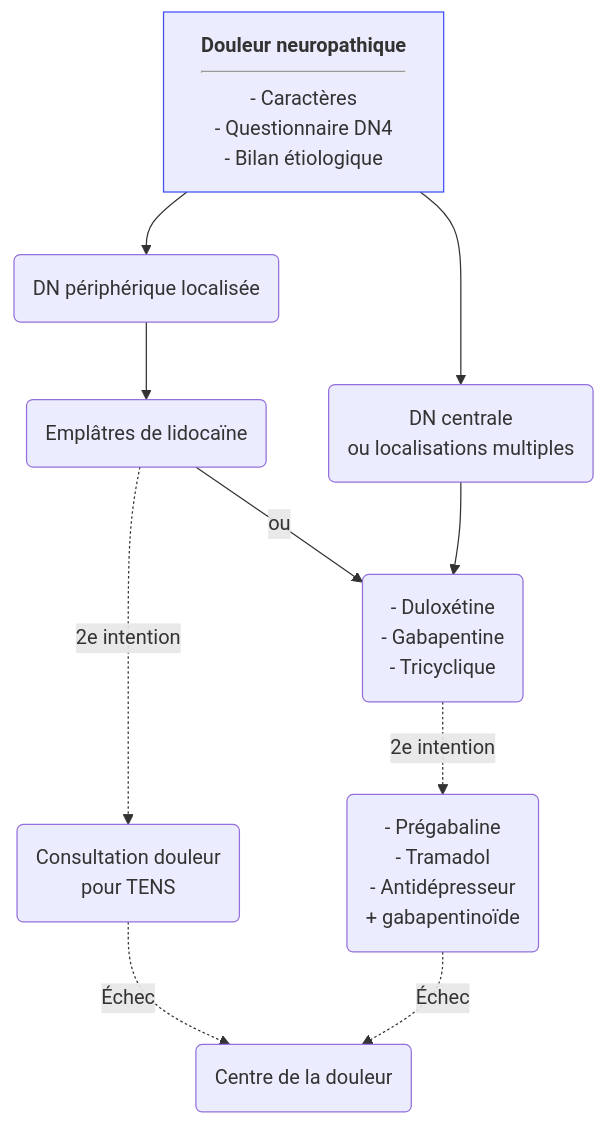
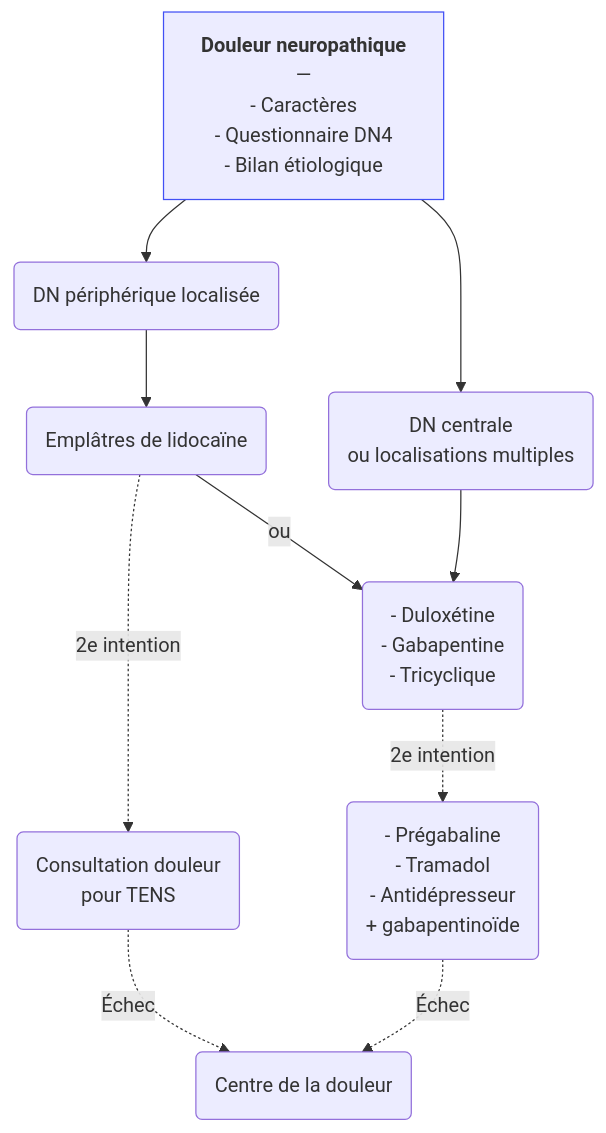
Before and after one commit to djibe/recommandations-medicales: the diagram in content/recommandations/douleur-neuropathique.md, drawn with Mermaid. The commit also changed 51 other files, not shown here.

```diff
--- a/content/recommandations/douleur-neuropathique.md
+++ b/content/recommandations/douleur-neuropathique.md
@@ -319,11 +319,11 @@
 {{< mermaid title="Conduite à tenir pour la prise en charge des douleurs neuropathiques. Dr JB Fron d'après SFETD 2020" >}}
 graph TB
 accTitle: Conduite à tenir pour la prise en charge des douleurs neuropathiques d'après SFETD 2020
-  DN["<b>Douleur neuropathique</b><hr>- Caractères<br>- Questionnaire DN4<br>- Bilan étiologique"]
+  DN["<b>Douleur neuropathique</b><br>—<br>- Caractères<br>- Questionnaire DN4<br>- Bilan étiologique"]
   style DN stroke:#4150f5, stroke-width:1px
     DN --> localisee(DN périphérique localisée) --> locLigne1(Emplâtres de lidocaïne)
       locLigne1 -. 2e intention .-> TENS("Consultation douleur<br>pour TENS") -. Échec .-> centre(Centre de la douleur)
       locLigne1 -- ou --> autreLigne1
     DN --> autre(DN centrale<br>ou localisations multiples) --> autreLigne1("- Duloxétine<br>- Gabapentine<br>- Tricyclique")
       autreLigne1 -. 2e intention .-> autreLigne2("- Prégabaline<br>- Tramadol<br>- Antidépresseur<br>+ gabapentinoïde") -. Échec .-> centre
 {{< /mermaid >}}
```
